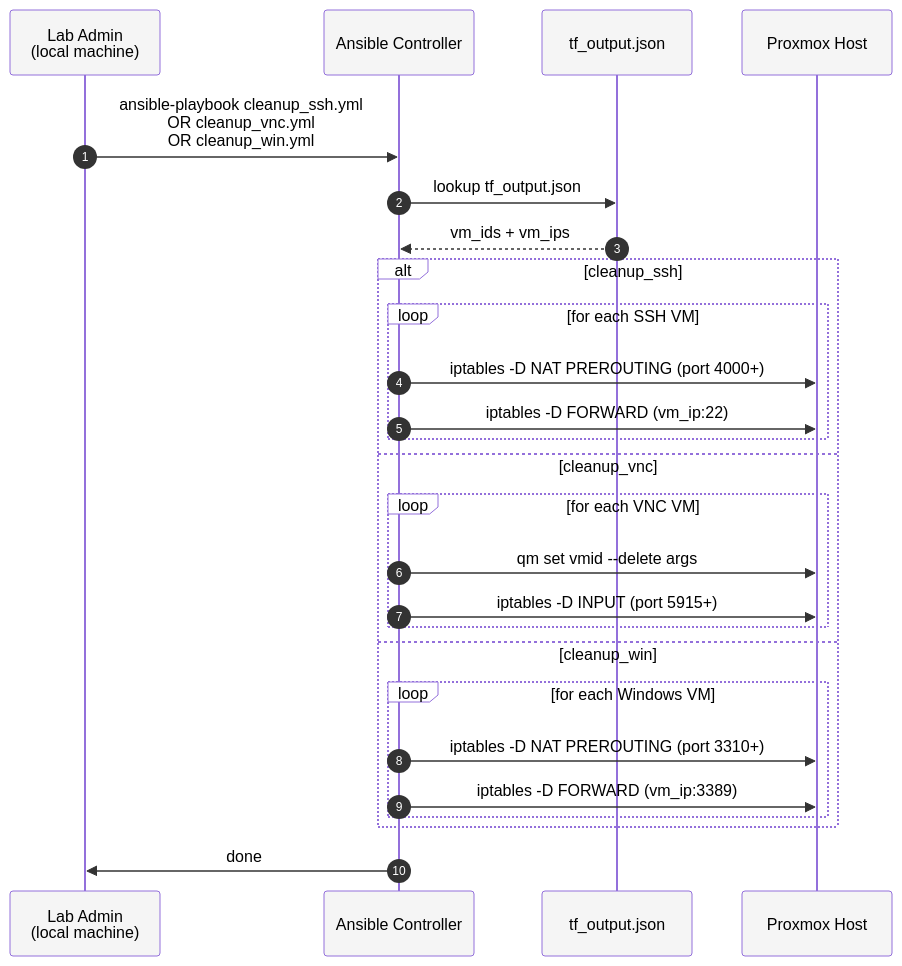
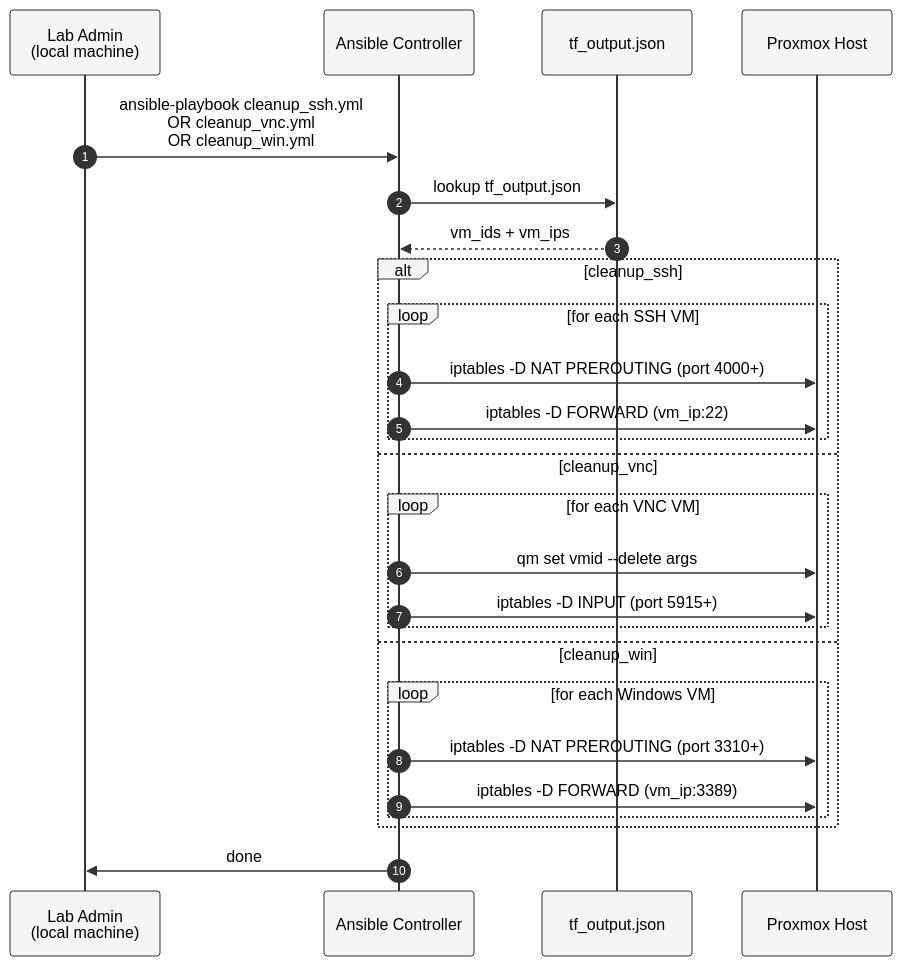
The second of 2 diagrams in playsoft-infra/ansible/SEQUENCE.md (abdou-ing/playsoft-jilani-gharbi), drawn with Mermaid before and after one commit. The commit also changed other lines of this file, not shown here.

Commit message:
add steps for ansible

````diff
--- a/playsoft-infra/ansible/SEQUENCE.md
+++ b/playsoft-infra/ansible/SEQUENCE.md
@@ -186,33 +186,33 @@
 ```mermaid
-%%{init: {'theme': 'default', 'themeVariables': {'background': '#ffffff', 'mainBkg': '#ffffff', 'textColor': '#000000', 'actorTextColor': '#000000', 'actorBkg': '#f5f5f5', 'actorBorderColor': '#333333', 'signalColor': '#333333', 'signalTextColor': '#000000', 'noteTextColor': '#000000', 'noteBkgColor': '#ffffcc', 'noteBorderColor': '#333333', 'loopTextColor': '#000000', 'activationBorderColor': '#333333', 'activationBkgColor': '#e8e8e8', 'sequenceNumberColor': '#ffffff'}}}%%
+%%{init: {'theme': 'base', 'themeVariables': {'background': '#ffffff', 'mainBkg': '#ffffff', 'primaryColor': '#f0f0f0', 'primaryTextColor': '#000000', 'primaryBorderColor': '#333333', 'lineColor': '#333333', 'textColor': '#000000', 'actorTextColor': '#000000', 'actorBkg': '#f5f5f5', 'actorBorderColor': '#333333', 'actorLineColor': '#333333', 'signalColor': '#333333', 'signalTextColor': '#000000', 'noteTextColor': '#000000', 'noteBkgColor': '#ffffee', 'noteBorderColor': '#999933', 'loopTextColor': '#000000', 'activationBorderColor': '#333333', 'activationBkgColor': '#eeeeee', 'sequenceNumberColor': '#ffffff', 'labelBoxBkgColor': '#f5f5f5', 'labelBoxBorderColor': '#333333', 'labelTextColor': '#000000'}}}%%
 sequenceDiagram
     autonumber
     participant Op as Lab Admin<br/>(local machine)
     participant AC as Ansible Controller
     participant TF as tf_output.json
     participant PVE as Proxmox Host
 
     Op->>AC: ansible-playbook cleanup_ssh.yml<br/>OR cleanup_vnc.yml<br/>OR cleanup_win.yml
 
     AC->>TF: lookup tf_output.json
     TF-->>AC: vm_ids + vm_ips
 
     alt cleanup_ssh
         loop for each SSH VM
             AC->>PVE: iptables -D NAT PREROUTING (port 4000+)
             AC->>PVE: iptables -D FORWARD (vm_ip:22)
         end
     else cleanup_vnc
         loop for each VNC VM
             AC->>PVE: qm set vmid --delete args
             AC->>PVE: iptables -D INPUT (port 5915+)
         end
     else cleanup_win
         loop for each Windows VM
             AC->>PVE: iptables -D NAT PREROUTING (port 3310+)
             AC->>PVE: iptables -D FORWARD (vm_ip:3389)
         end
     end
 
     AC->>Op: done
 ```
````
